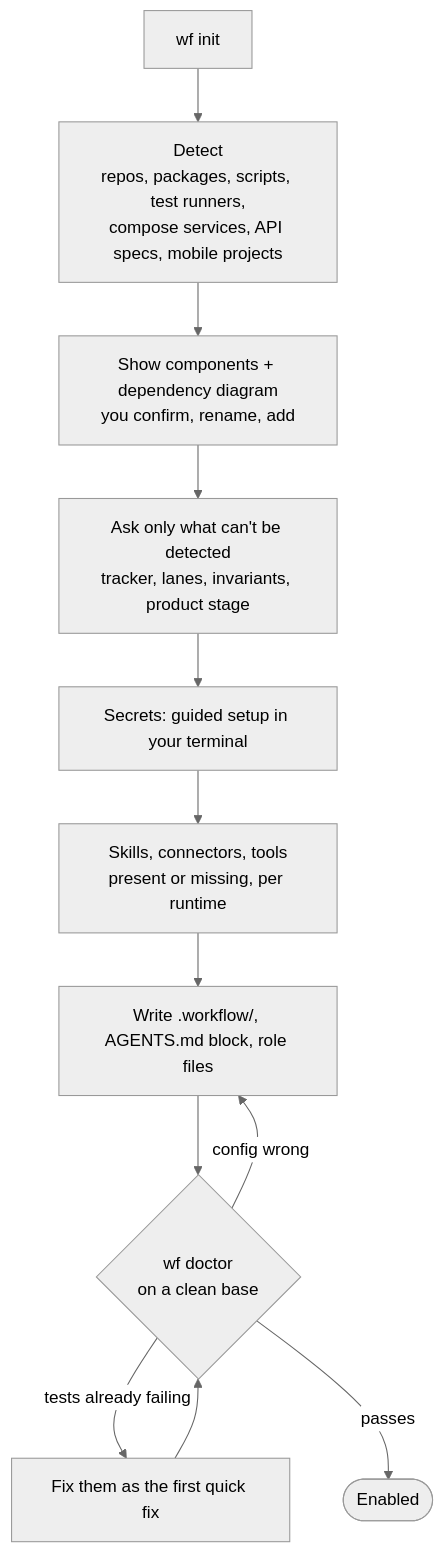
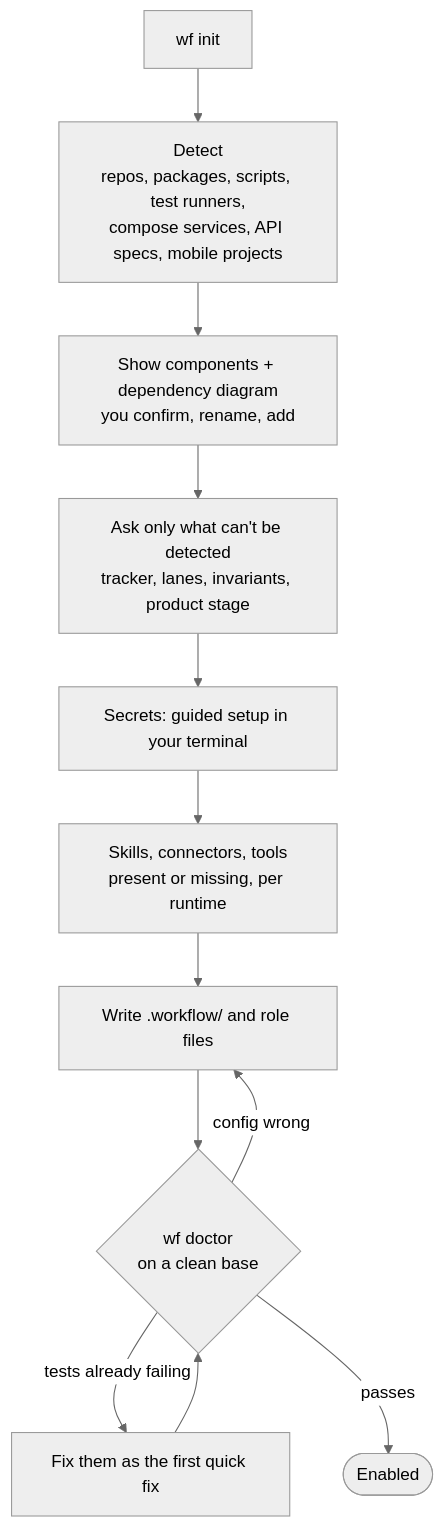
The second of 3 diagrams in docs/onboarding.md (o-m-a-r-k/agentic-workflow), drawn with Mermaid (neutral theme) before and after one commit. The commit also changed 14 other files, not shown here.

Commit message:
feat: the plugin's standing rules reach sessions from its SessionStart hook; wf sync removes the AGENTS.md block earlier releases wrote (D30)

````diff
--- a/docs/onboarding.md
+++ b/docs/onboarding.md
@@ -70,14 +70,14 @@
 ```mermaid
 flowchart TD
   I["wf init"] --> DET["Detect<br/>repos, packages, scripts, test runners,<br/>compose services, API specs, mobile projects"]
   DET --> TOP["Show components + dependency diagram<br/>you confirm, rename, add"]
   TOP --> ASK["Ask only what can't be detected<br/>tracker, lanes, invariants, product stage"]
   ASK --> SEC["Secrets: guided setup in your terminal"]
   SEC --> REQ["Skills, connectors, tools<br/>present or missing, per runtime"]
-  REQ --> WR["Write .workflow/, AGENTS.md block, role files"]
+  REQ --> WR["Write .workflow/ and role files"]
   WR --> DOC{"wf doctor<br/>on a clean base"}
   DOC -- "config wrong" --> WR
   DOC -- "tests already failing" --> FIX["Fix them as the first quick fix"]
   FIX --> DOC
   DOC -- passes --> OK(["Enabled"])
 ```
````
